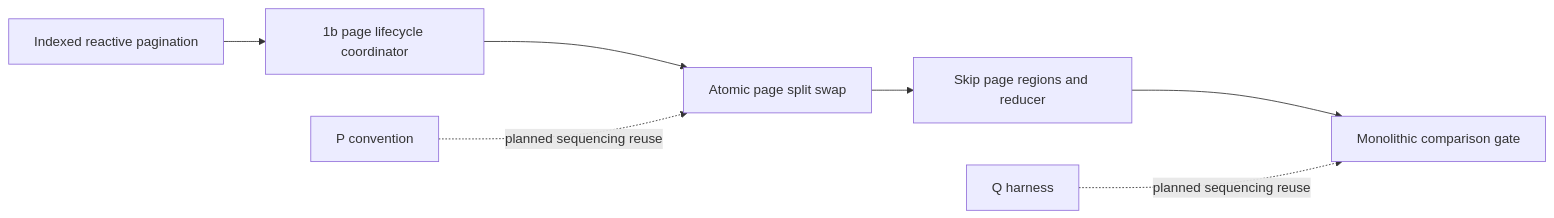
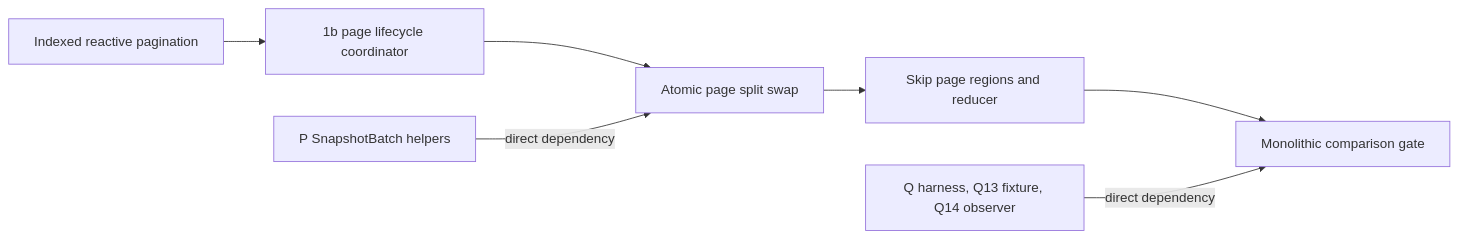
The second of 3 diagrams in docs/plans/2026-09-10-1843-feat-skip-paginated-reactive-source-spike-plan.md (billf/convex-backend), drawn with Mermaid before and after one commit. The commit also changed other lines of this file and 2 other files, not shown here.

First line of the commit message:
Adopt P snapshot baseline and Q in 1a and 1b

````diff
--- a/docs/plans/2026-09-10-1843-feat-skip-paginated-reactive-source-spike-plan.md
+++ b/docs/plans/2026-09-10-1843-feat-skip-paginated-reactive-source-spike-plan.md
@@ -105,9 +106,9 @@
 ```mermaid
 flowchart LR
   query["Indexed reactive pagination"] --> coordinator["1b page lifecycle coordinator"]
   coordinator --> swap["Atomic page split swap"]
   swap --> skipGraph["Skip page regions and reducer"]
   skipGraph --> compare["Monolithic comparison gate"]
-  p["P convention"] -. "planned sequencing reuse" .-> swap
-  q["Q harness"] -. "planned sequencing reuse" .-> compare
+  p["P SnapshotBatch helpers"] -->|"direct dependency"| swap
+  q["Q harness, Q13 fixture, Q14 observer"] -->|"direct dependency"| compare
 ```
````
